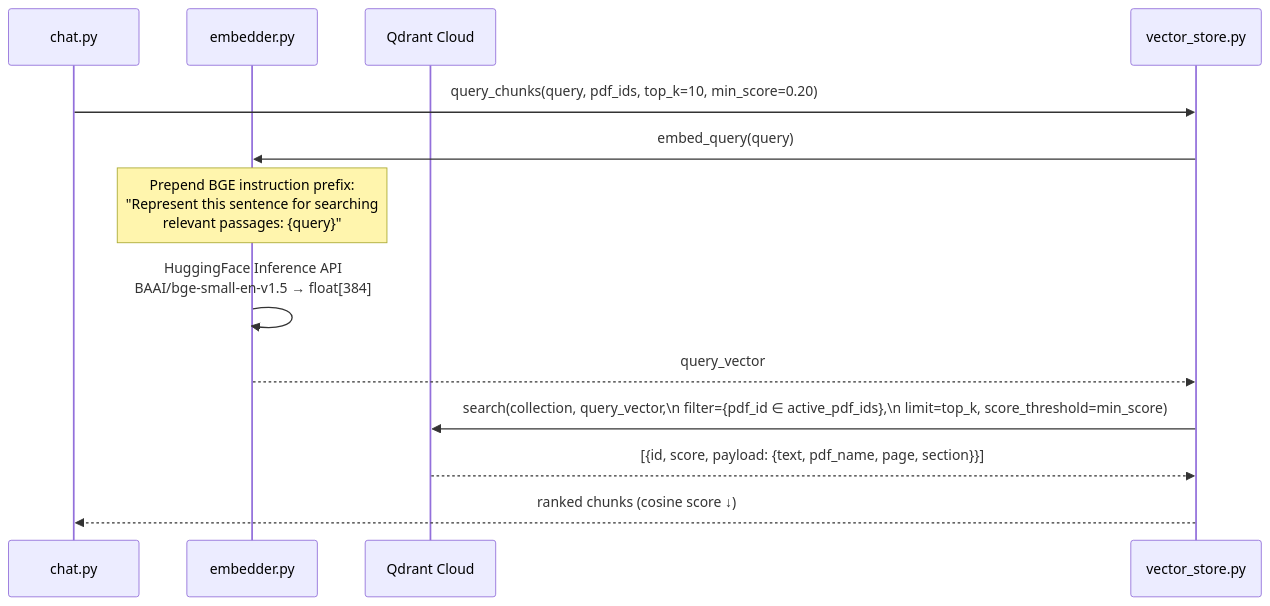
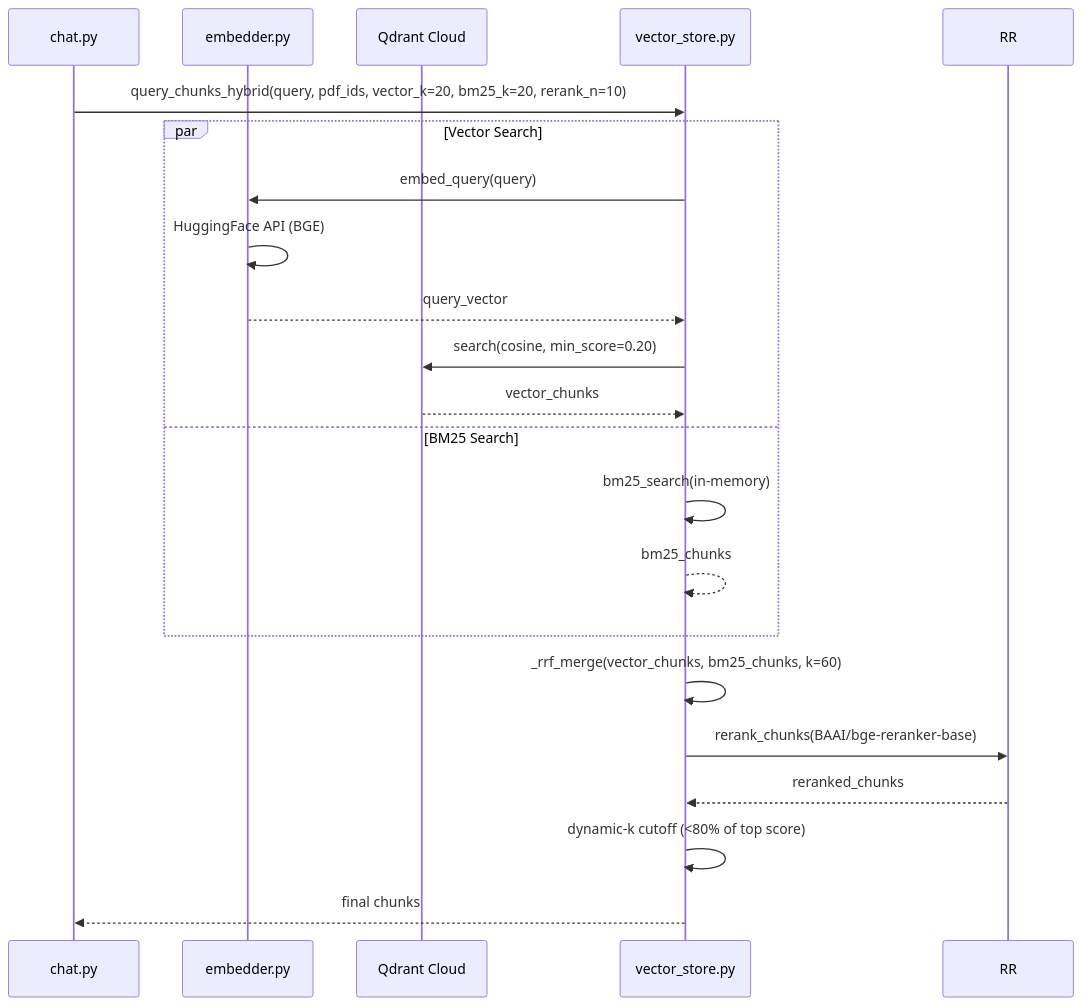
The sixth of 11 diagrams in chat_pipeline.md (Saptak-cyber/Chatbot), drawn with Mermaid before and after one commit. The commit also changed other lines of this file and 5 other files, not shown here.

````diff
--- a/chat_pipeline.md
+++ b/chat_pipeline.md
@@ -194,16 +199,26 @@
 ```mermaid
 sequenceDiagram
     participant C as chat.py
     participant E as embedder.py
     participant Q as Qdrant Cloud
     participant VS as vector_store.py
 
-    C->>VS: query_chunks(query, pdf_ids, top_k=10, min_score=0.20)
-    VS->>E: embed_query(query)
-    Note over E: Prepend BGE instruction prefix:<br/>"Represent this sentence for searching<br/>relevant passages: {query}"
-    E->>E: HuggingFace Inference API<br/>BAAI/bge-small-en-v1.5 → float[384]
-    E-->>VS: query_vector
-    VS->>Q: search(collection, query_vector,\n  filter={pdf_id ∈ active_pdf_ids},\n  limit=top_k, score_threshold=min_score)
-    Q-->>VS: [{id, score, payload: {text, pdf_name, page, section}}]
-    VS-->>C: ranked chunks (cosine score ↓)
+    C->>VS: query_chunks_hybrid(query, pdf_ids, vector_k=20, bm25_k=20, rerank_n=10)
+    
+    par Vector Search
+        VS->>E: embed_query(query)
+        E->>E: HuggingFace API (BGE)
+        E-->>VS: query_vector
+        VS->>Q: search(cosine, min_score=0.20)
+        Q-->>VS: vector_chunks
+    and BM25 Search
+        VS->>VS: bm25_search(in-memory)
+        VS-->>VS: bm25_chunks
+    end
+
+    VS->>VS: _rrf_merge(vector_chunks, bm25_chunks, k=60)
+    VS->>RR: rerank_chunks(BAAI/bge-reranker-base)
+    RR-->>VS: reranked_chunks
+    VS->>VS: dynamic-k cutoff (<80% of top score)
+    VS-->>C: final chunks
 ```
````
